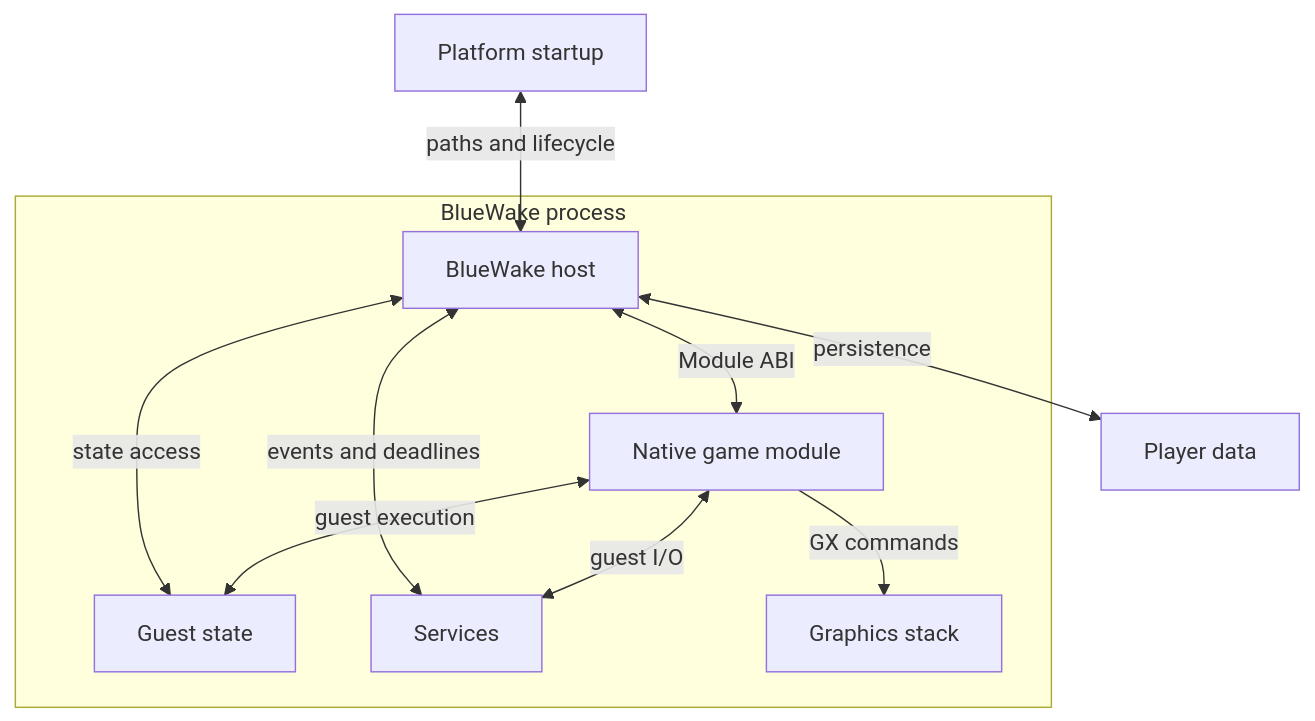
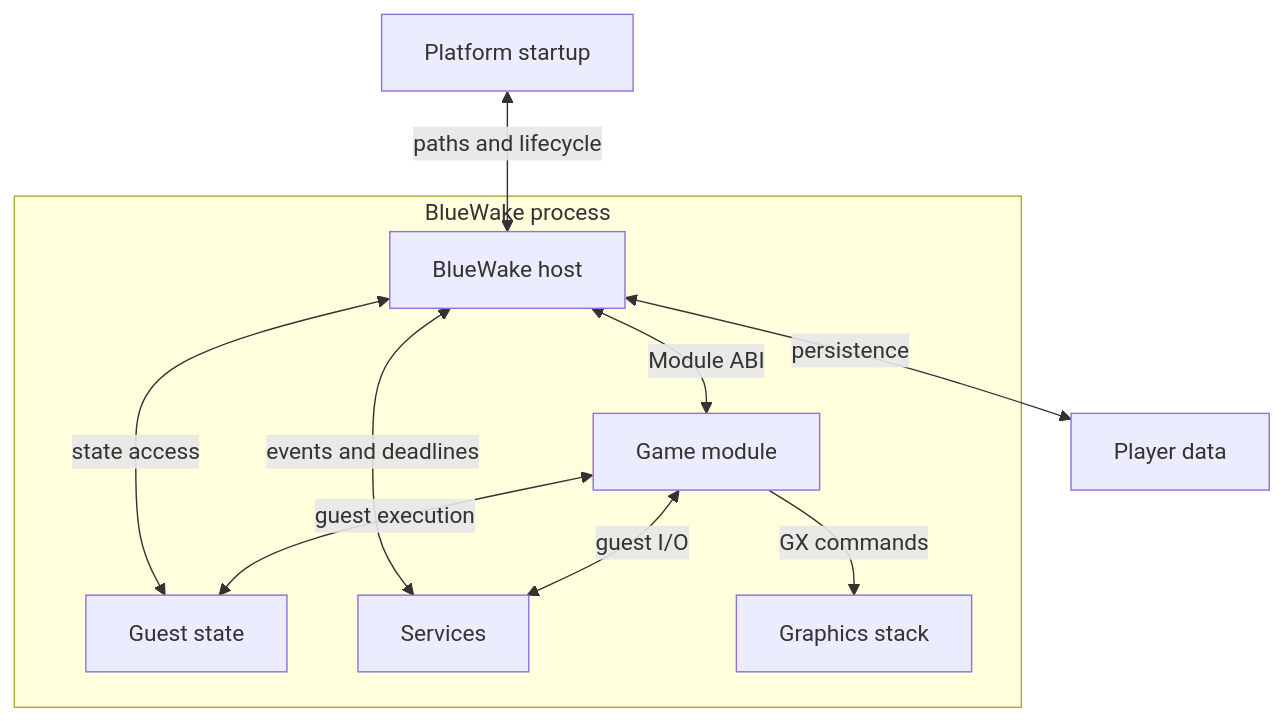
The second of 3 diagrams in docs/architecture/Runtime.md (Aelbannan/boat_of_daphnes), drawn with Mermaid before and after one commit.

Commit message:
Shorten Runtime module label

````diff
--- a/docs/architecture/Runtime.md
+++ b/docs/architecture/Runtime.md
@@ -82,23 +82,23 @@
 ```mermaid
 flowchart TD
     Platform["Platform startup"]
     Data["Player data"]
 
     subgraph Process["BlueWake process"]
         Host["BlueWake host"]
-        Module["Native game module"]
+        Module["Game module"]
         Guest["Guest state"]
         Services["Services"]
         Graphics["Graphics stack"]
 
         Host <-->|"Module ABI"| Module
         Host <-->|"state access"| Guest
         Module <-->|"guest execution"| Guest
         Host <-->|"events and deadlines"| Services
         Module <-->|"guest I/O"| Services
         Module -->|"GX commands"| Graphics
     end
 
     Platform <-->|"paths and lifecycle"| Host
     Host <-->|"persistence"| Data
 ```
````
